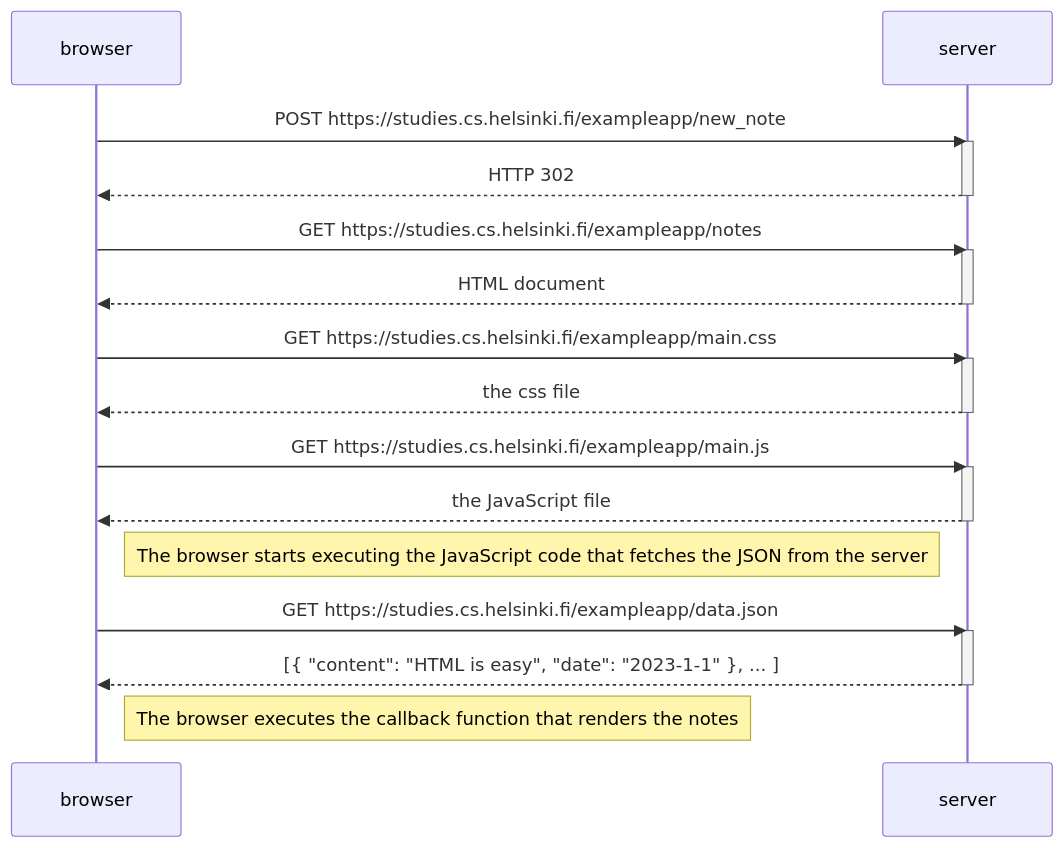
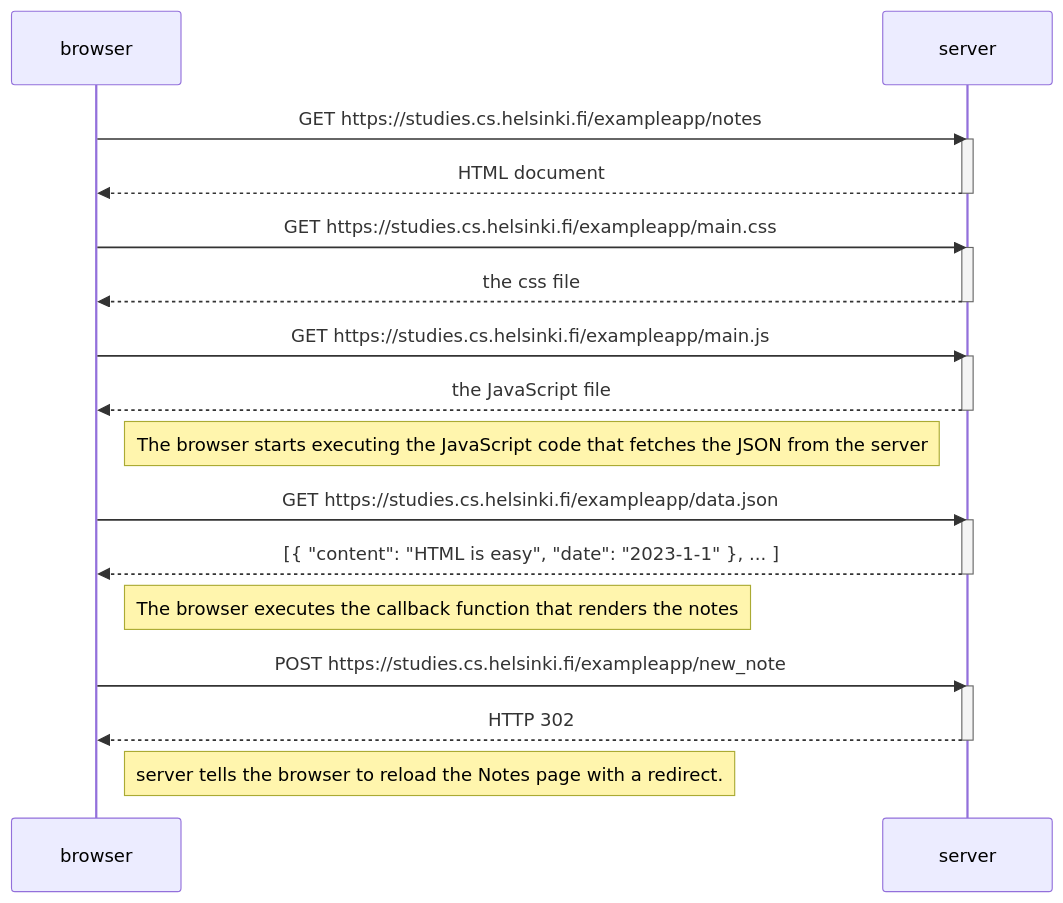
Before and after one commit to AndresParra11/Ayudas: the diagram in part0/0.4.md, drawn with Mermaid.

````diff
--- a/part0/0.4.md
+++ b/part0/0.4.md
@@ -1,34 +1,36 @@
 ```mermaid
 sequenceDiagram
     participant browser
     participant server
-
-    browser->>server: POST https://studies.cs.helsinki.fi/exampleapp/new_note
-    activate server
-    server-->>browser: HTTP 302
-    deactivate server
 
     browser->>server: GET https://studies.cs.helsinki.fi/exampleapp/notes
     activate server
     server-->>browser: HTML document
     deactivate server
 
     browser->>server: GET https://studies.cs.helsinki.fi/exampleapp/main.css
     activate server
     server-->>browser: the css file
     deactivate server
 
     browser->>server: GET https://studies.cs.helsinki.fi/exampleapp/main.js
     activate server
     server-->>browser: the JavaScript file
     deactivate server
 
     Note right of browser: The browser starts executing the JavaScript code that fetches the JSON from the server
 
     browser->>server: GET https://studies.cs.helsinki.fi/exampleapp/data.json
     activate server
     server-->>browser: [{ "content": "HTML is easy", "date": "2023-1-1" }, ... ]
     deactivate server
 
     Note right of browser: The browser executes the callback function that renders the notes
+
+    browser->>server: POST https://studies.cs.helsinki.fi/exampleapp/new_note
+    activate server
+    server-->>browser: HTTP 302
+    deactivate server
+
+    Note right of browser: server tells the browser to reload the Notes page with a redirect.
 ```
````
